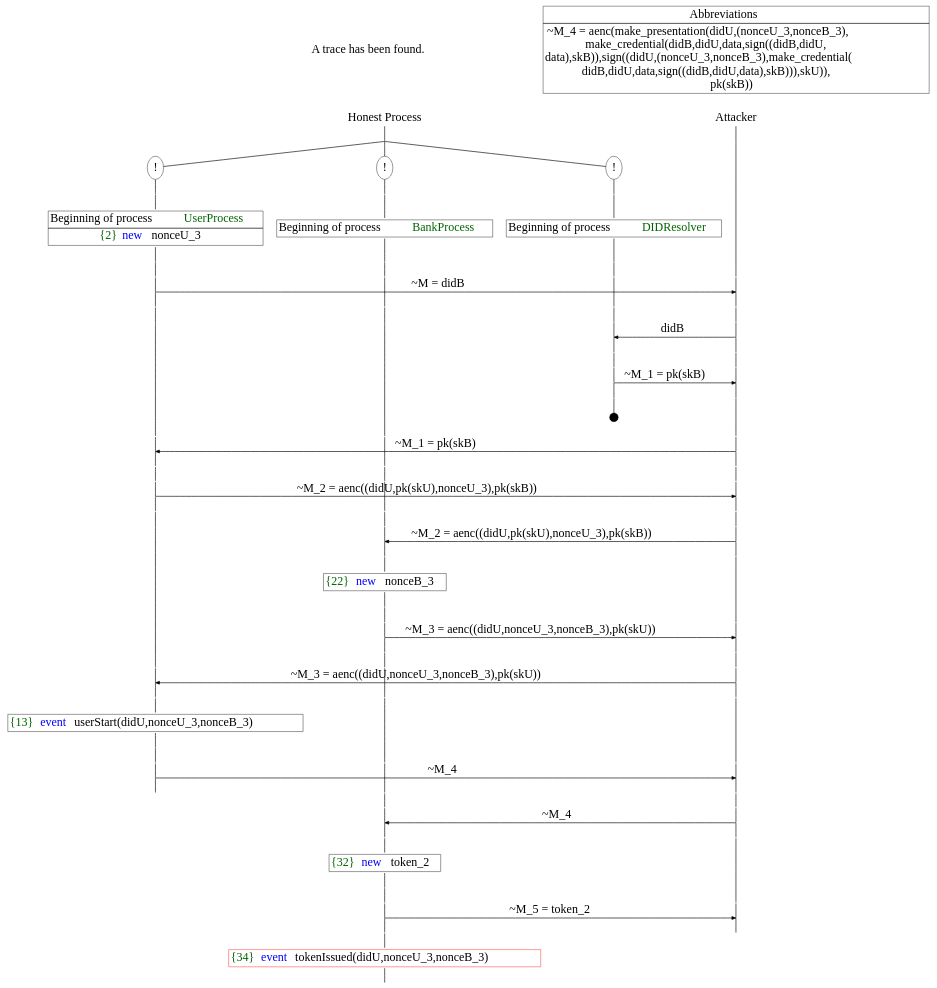
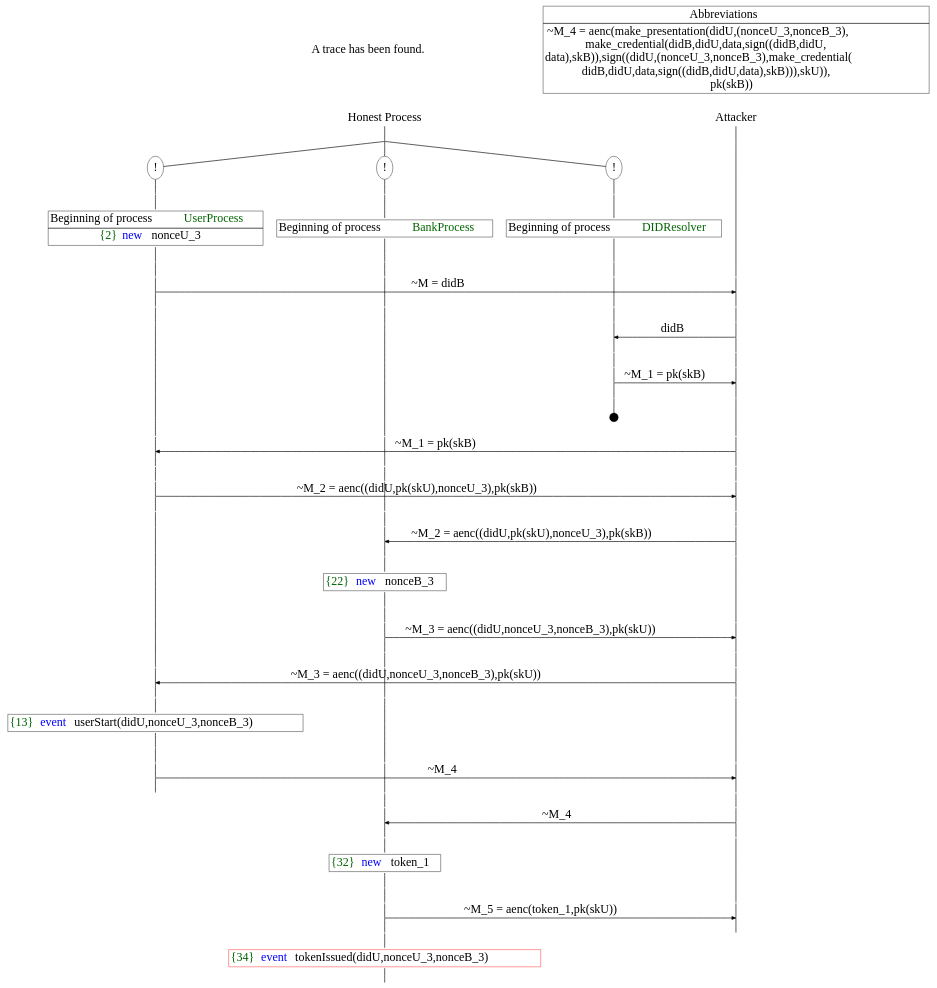
The diagram in trace1.dot (thphong/ssi-proverif), drawn with Graphviz before and after one commit. The commit also changed 2 other files, not shown here.

Commit message:
encrypte token

```diff
--- a/trace1.dot
+++ b/trace1.dot
@@ -181,7 +181,7 @@
 P__29 -> P__30 [label = <>, weight = 100]
 {rank = same; P__30 P0_0_0__26 P0_1_0__24}
 P0_1_0__24 -> P0_1_0__25 [label = <>, weight = 100]
-P0_1_0__25 [shape = plaintext, label = <<TABLE BORDER="0" CELLBORDER="1" CELLSPACING="0" CELLPADDING="4"> <TR><TD><FONT COLOR="darkgreen">{32}</FONT><FONT COLOR="blue">new </FONT>token_2</TD></TR></TABLE>>]
+P0_1_0__25 [shape = plaintext, label = <<TABLE BORDER="0" CELLBORDER="1" CELLSPACING="0" CELLPADDING="4"> <TR><TD><FONT COLOR="darkgreen">{32}</FONT><FONT COLOR="blue">new </FONT>token_1</TD></TR></TABLE>>]
 P0_1_0__25 -> P0_1_0__26 [label = <>, weight = 100]
 P0_1_0__26 -> P0_1_0__27 [label = <>, weight = 100]
 P0_0_0__27 [label = "", style = invisible]
@@ -191,7 +191,7 @@
 P0_1_0__27 -> P0_1_0__28 [label = <>, weight = 100]
 P__31 -> P__32 [label = <>, weight = 100]
 {rank = same; P__32 P0_1_0__28}
-P0_1_0__28 -> P__32 [label = <~M_5 = token_2>, arrowhead = normal]
+P0_1_0__28 -> P__32 [label = <~M_5 = aenc(token_1,pk(skU))>, arrowhead = normal]
 P0_1_0__28 -> P0_1_0__29 [label = <>, weight = 100]
 P0_0_0__28 [label = "", style = invisible]
 P0_0_0__27 -> P0_0_0__28 [label = <>, weight = 100, style = invisible]
```
